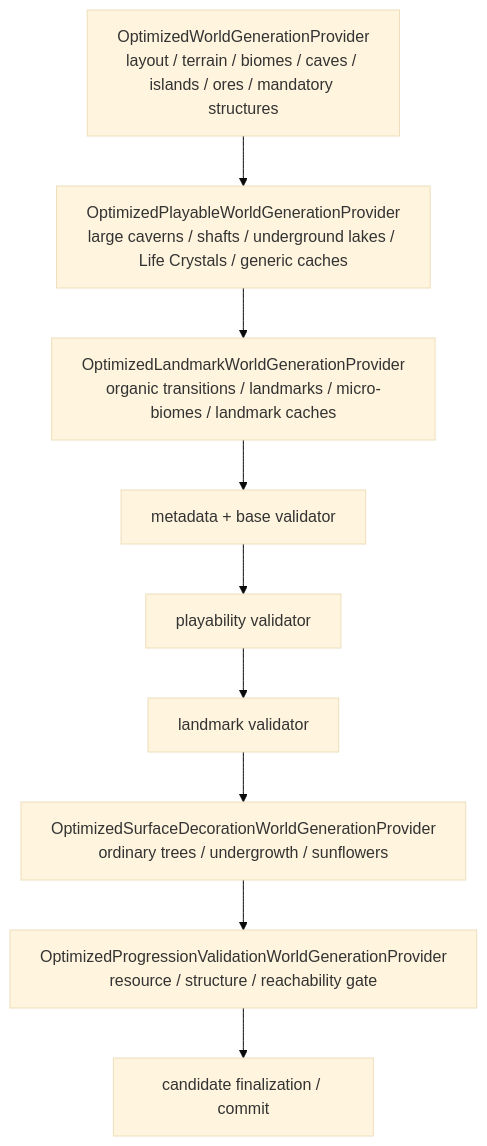
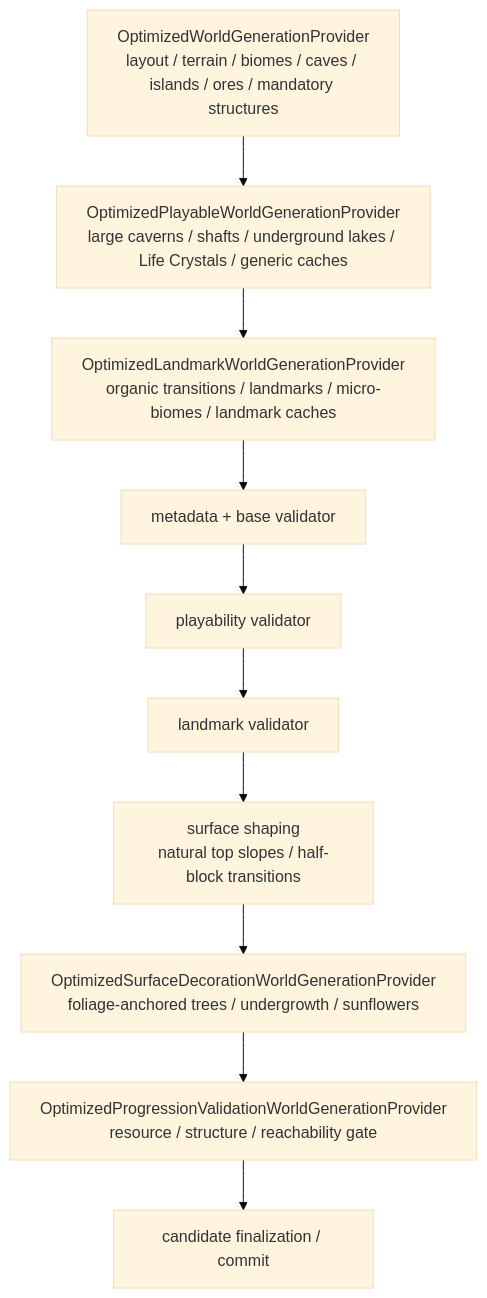
The diagram in docs/en/optimized-world-generation.md (VegaKernel/TerraRuntime), drawn with Mermaid (base theme) before and after one commit. The commit also changed other lines of this file and 7 other files, not shown here.

Commit message:
Improve optimized surface quality

````diff
--- a/docs/en/optimized-world-generation.md
+++ b/docs/en/optimized-world-generation.md
@@ -24,14 +24,15 @@
 ```mermaid
 flowchart TD
     Base["OptimizedWorldGenerationProvider<br/>layout / terrain / biomes / caves / islands / ores / mandatory structures"]
     Play["OptimizedPlayableWorldGenerationProvider<br/>large caverns / shafts / underground lakes / Life Crystals / generic caches"]
     Land["OptimizedLandmarkWorldGenerationProvider<br/>organic transitions / landmarks / micro-biomes / landmark caches"]
     Meta["metadata + base validator"]
     PVal["playability validator"]
     LVal["landmark validator"]
-    Surf["OptimizedSurfaceDecorationWorldGenerationProvider<br/>ordinary trees / undergrowth / sunflowers"]
+    Shape["surface shaping<br/>natural top slopes / half-block transitions"]
+    Surf["OptimizedSurfaceDecorationWorldGenerationProvider<br/>foliage-anchored trees / undergrowth / sunflowers"]
     Prog["OptimizedProgressionValidationWorldGenerationProvider<br/>resource / structure / reachability gate"]
     Commit["candidate finalization / commit"]
 
-    Base --> Play --> Land --> Meta --> PVal --> LVal --> Surf --> Prog --> Commit
+    Base --> Play --> Land --> Meta --> PVal --> LVal --> Shape --> Surf --> Prog --> Commit
 ```
````
